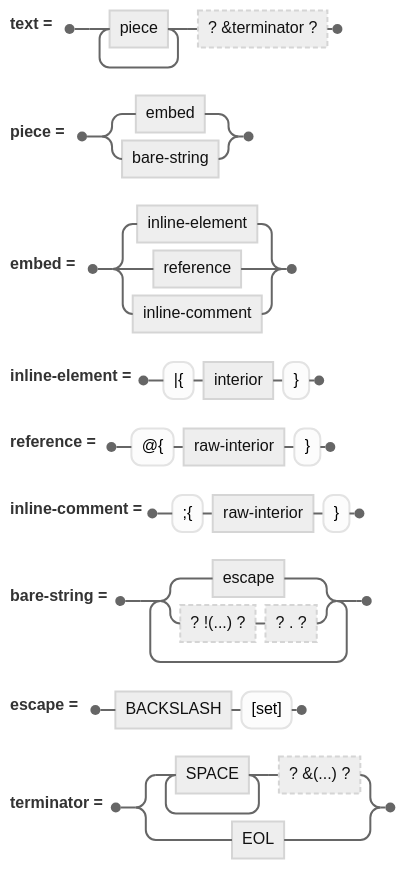
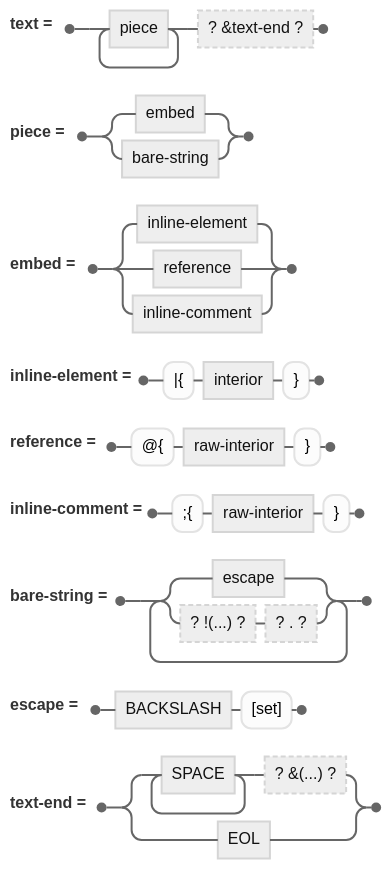
Before and after one commit to v2-io/udon: the sixth of 10 diagrams in v2/spec-lite-0.1.0/.int/railroad-2026-10-21.md, drawn with Mermaid (neutral theme). The commit also changed other lines of this file and 1 other file, not shown here.

First line of the commit message:
spec-lite-0.1.0: railroad rewritten around the starts (Joseph, 2026-10-21): section 2 defines element/attribute/comment/fence/reserved-start with their guards marked OPEN; block-line, sameline items and text-end all built from them; verbatim recorded

````diff
--- a/v2/spec-lite-0.1.0/.int/railroad-2026-10-21.md
+++ b/v2/spec-lite-0.1.0/.int/railroad-2026-10-21.md
@@ -76,17 +89,17 @@
 ```mermaid
 railroad-peg-beta
 title "Unquoted text and what ends it"
-text <- piece+ &terminator ;
+text <- piece+ &text-end ;
 %% "piece" is Joseph's word for a text's parts, kept until he says otherwise; the parts are bare strings and embeds (his 2026-10-08 "text has any number of pieces some of which are not strings")
 piece <- embed / bare-string ;
 embed <- inline-element / reference / inline-comment ;
 inline-element <- "|{" interior "}" ;
 %% OPEN: the interior is undesigned (Joseph, 2026-10-09); inside it an unquoted value also ends at "}" ([[rule:inline-element-value-end]])
 reference <- "@{" raw-interior "}" ;
 inline-comment <- ";{" raw-interior "}" ;
-bare-string <- (escape / !(embed / terminator) .)+ ;
+bare-string <- (escape / !(embed / text-end) .)+ ;
 escape <- BACKSLASH "[set]" ;
 %% OPEN: the set of attached escapes on an element's or attribute's line ([[rule:value-line-escapes]]); any other backslash would be an error
-terminator <- SPACE+ &(PIPE / COLON / BACKTICK BACKTICK BACKTICK / SEMICOLON SPACE / BACKSLASH SPACE / "@" / "!") / EOL ;
-%% [[rule:text-value-end]]. The spaces before a terminator are frame, not content ([[rule:space-before-text-end]]); the framed backslash is consumed ([[rule:framed-backslash-frame]]); "@" and "!" there are the reserved error. Embeds never end a text ([[rule:embeds-in-text]])
+text-end <- SPACE+ &(start / BACKSLASH SPACE) / EOL ;
+%% [[rule:text-value-end]]: unquoted text ends where a start begins after a space (a framed comment-start is SEMICOLON SPACE), at a framed backslash, or at the end of the line. The spaces before are frame, not content ([[rule:space-before-text-end]]); the framed backslash is consumed ([[rule:framed-backslash-frame]]). Embeds never end a text ([[rule:embeds-in-text]])
 ```
````
